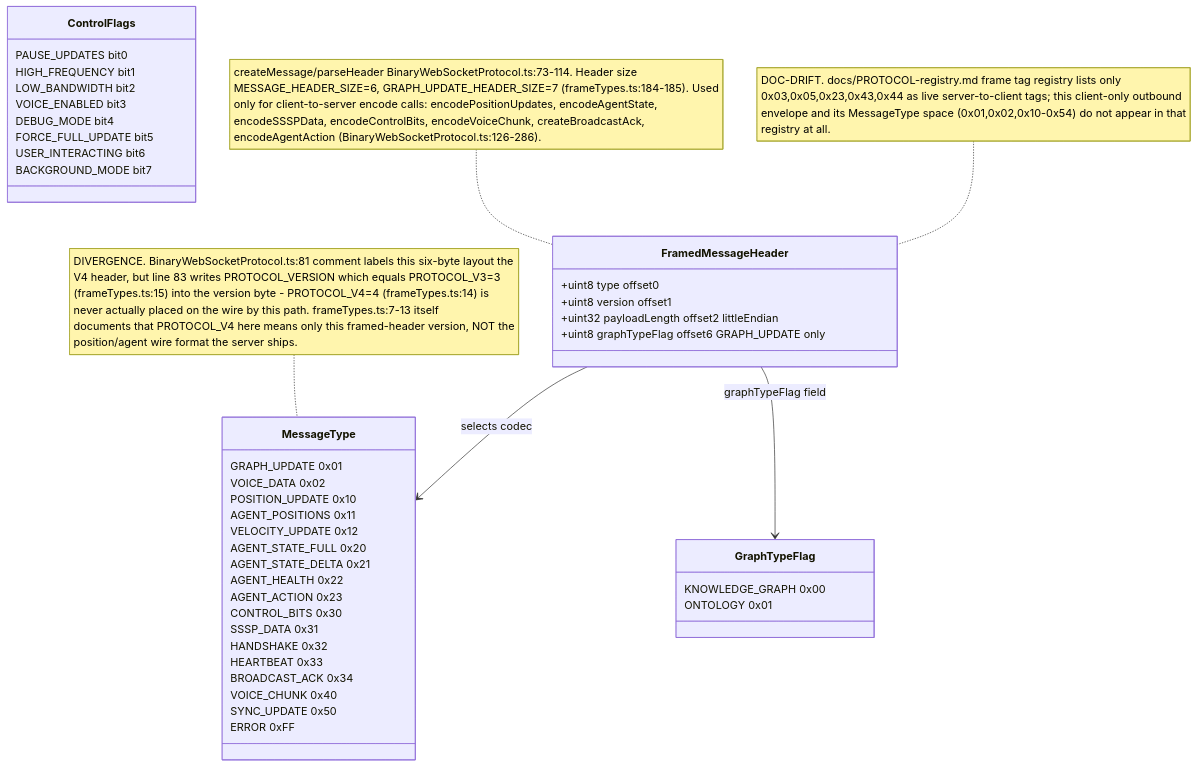
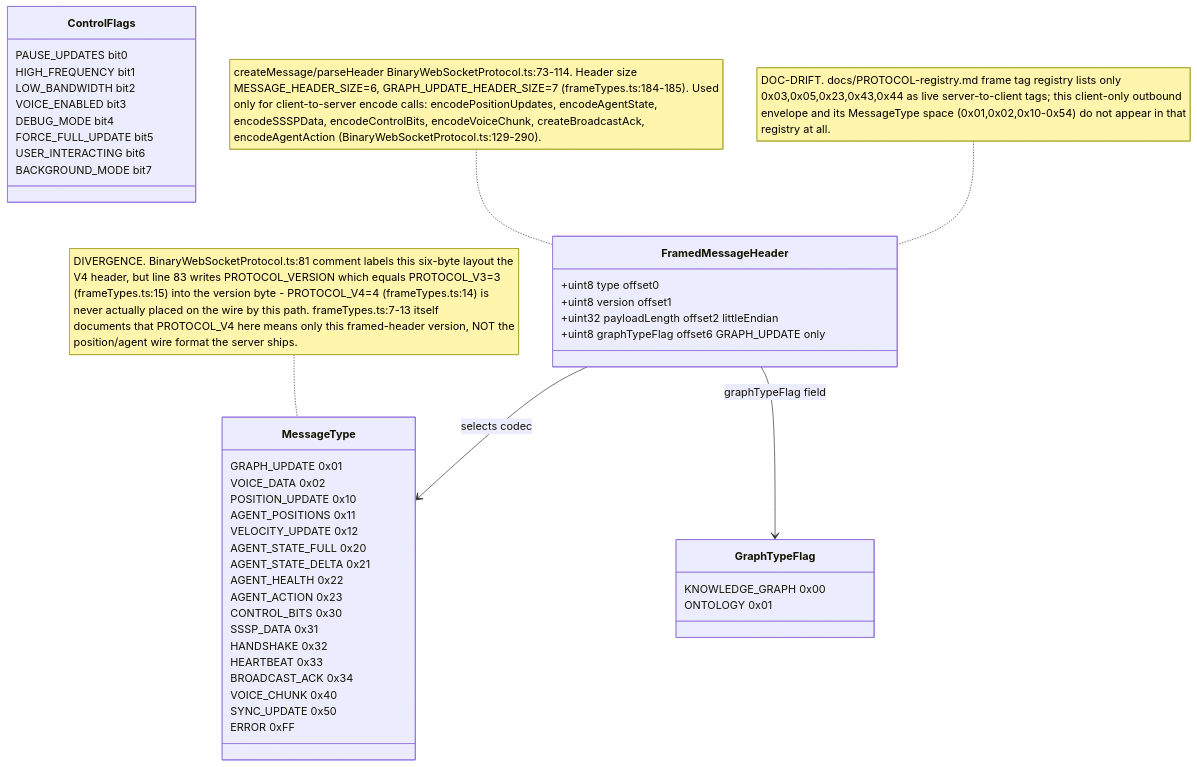
Before and after one commit to DreamLab-AI/AR-AI-Knowledge-Graph: the fourth of 16 diagrams in docs/diagrams/visionclaw/32-client-websocket-and-binary.md, drawn with Mermaid. The commit also changed other lines of this file and 172 other files, not shown here.

````diff
--- a/docs/diagrams/visionclaw/32-client-websocket-and-binary.md
+++ b/docs/diagrams/visionclaw/32-client-websocket-and-binary.md
@@ -150,47 +153,47 @@
 ```mermaid
 classDiagram
     class FramedMessageHeader {
       +uint8 type  offset0
       +uint8 version  offset1
       +uint32 payloadLength  offset2 littleEndian
       +uint8 graphTypeFlag  offset6 GRAPH_UPDATE only
     }
     class MessageType {
       GRAPH_UPDATE 0x01
       VOICE_DATA 0x02
       POSITION_UPDATE 0x10
       AGENT_POSITIONS 0x11
       VELOCITY_UPDATE 0x12
       AGENT_STATE_FULL 0x20
       AGENT_STATE_DELTA 0x21
       AGENT_HEALTH 0x22
       AGENT_ACTION 0x23
       CONTROL_BITS 0x30
       SSSP_DATA 0x31
       HANDSHAKE 0x32
       HEARTBEAT 0x33
       BROADCAST_ACK 0x34
       VOICE_CHUNK 0x40
       SYNC_UPDATE 0x50
       ERROR 0xFF
     }
     class GraphTypeFlag {
       KNOWLEDGE_GRAPH 0x00
       ONTOLOGY 0x01
     }
     class ControlFlags {
       PAUSE_UPDATES bit0
       HIGH_FREQUENCY bit1
       LOW_BANDWIDTH bit2
       VOICE_ENABLED bit3
       DEBUG_MODE bit4
       FORCE_FULL_UPDATE bit5
       USER_INTERACTING bit6
       BACKGROUND_MODE bit7
     }
     FramedMessageHeader --> MessageType : selects codec
     FramedMessageHeader --> GraphTypeFlag : graphTypeFlag field
-    note for FramedMessageHeader "createMessage/parseHeader BinaryWebSocketProtocol.ts:73-114. Header size<br/>MESSAGE_HEADER_SIZE=6, GRAPH_UPDATE_HEADER_SIZE=7 (frameTypes.ts:184-185). Used<br/>only for client-to-server encode calls: encodePositionUpdates, encodeAgentState,<br/>encodeSSSPData, encodeControlBits, encodeVoiceChunk, createBroadcastAck,<br/>encodeAgentAction (BinaryWebSocketProtocol.ts:126-286)."
+    note for FramedMessageHeader "createMessage/parseHeader BinaryWebSocketProtocol.ts:73-114. Header size<br/>MESSAGE_HEADER_SIZE=6, GRAPH_UPDATE_HEADER_SIZE=7 (frameTypes.ts:184-185). Used<br/>only for client-to-server encode calls: encodePositionUpdates, encodeAgentState,<br/>encodeSSSPData, encodeControlBits, encodeVoiceChunk, createBroadcastAck,<br/>encodeAgentAction (BinaryWebSocketProtocol.ts:129-290)."
     note for MessageType "DIVERGENCE. BinaryWebSocketProtocol.ts:81 comment labels this six-byte layout the<br/>V4 header, but line 83 writes PROTOCOL_VERSION which equals PROTOCOL_V3=3<br/>(frameTypes.ts:15) into the version byte - PROTOCOL_V4=4 (frameTypes.ts:14) is<br/>never actually placed on the wire by this path. frameTypes.ts:7-13 itself<br/>documents that PROTOCOL_V4 here means only this framed-header version, NOT the<br/>position/agent wire format the server ships."
     note for FramedMessageHeader "DOC-DRIFT. docs/PROTOCOL-registry.md frame tag registry lists only<br/>0x03,0x05,0x23,0x43,0x44 as live server-to-client tags; this client-only outbound<br/>envelope and its MessageType space (0x01,0x02,0x10-0x54) do not appear in that<br/>registry at all."
 ```
````
